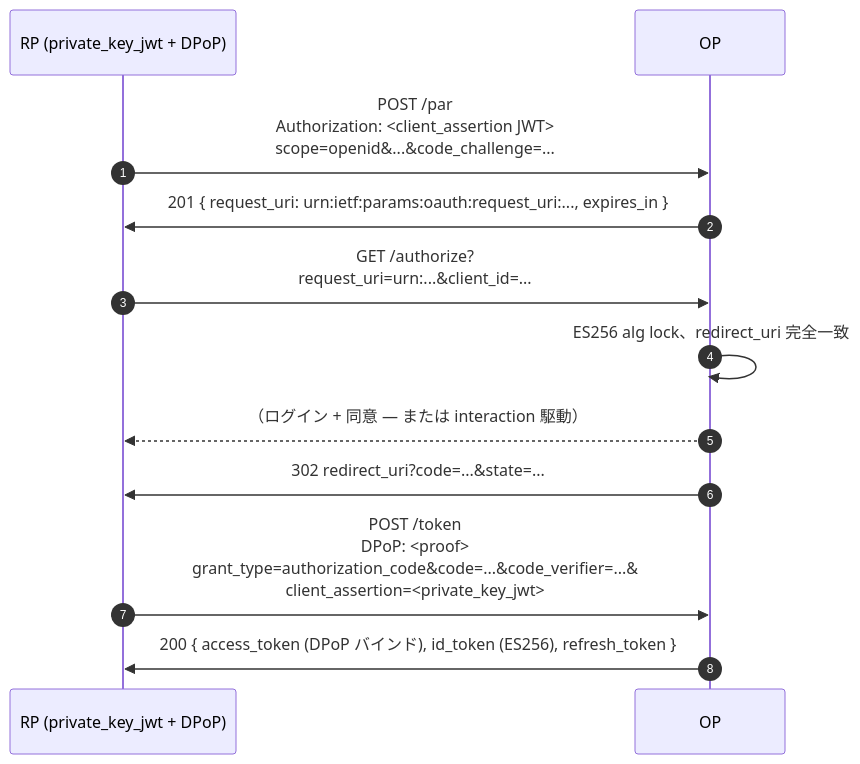
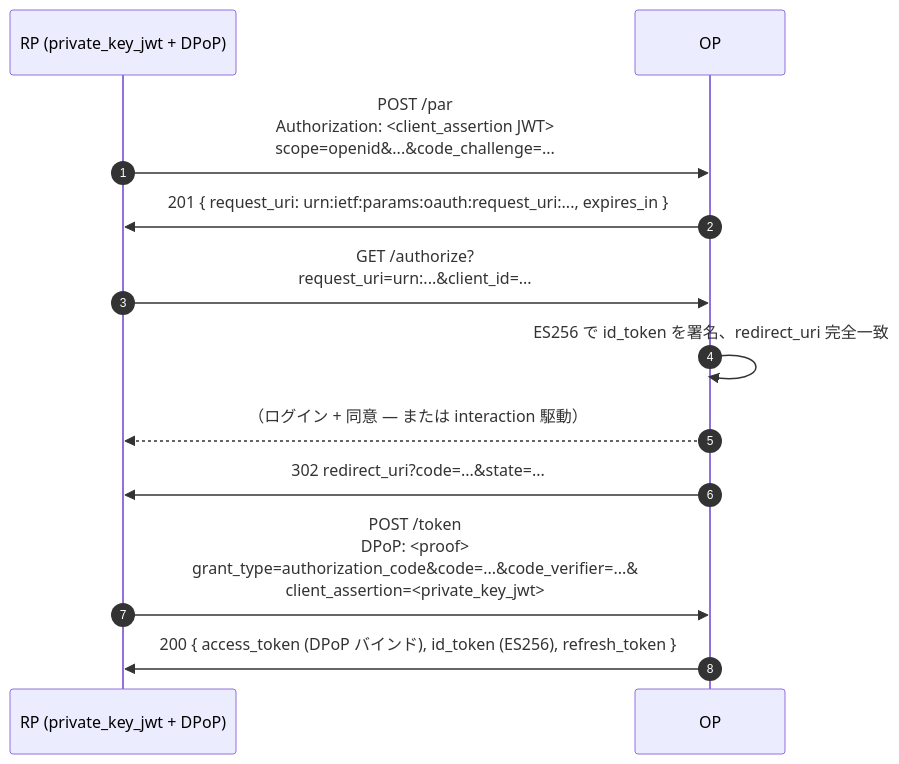
The diagram in src/ja/use-cases/fapi2-baseline.md (libraz/go-oidc-provider-homepage), drawn with Mermaid before and after one commit. The commit also changed other lines of this file and 130 other files, not shown here.

````diff
--- a/src/ja/use-cases/fapi2-baseline.md
+++ b/src/ja/use-cases/fapi2-baseline.md
@@ -43,15 +43,15 @@
 ```mermaid
 sequenceDiagram
     autonumber
     participant RP as RP (private_key_jwt + DPoP)
     participant OP
 
     RP->>OP: POST /par<br/>Authorization: <client_assertion JWT><br/>scope=openid&...&code_challenge=...
     OP->>RP: 201 { request_uri: urn:ietf:params:oauth:request_uri:..., expires_in }
     RP->>OP: GET /authorize?<br/>request_uri=urn:...&client_id=...
-    OP->>OP: ES256 alg lock、redirect_uri 完全一致
+    OP->>OP: ES256 で id_token を署名、redirect_uri 完全一致
     OP-->>RP: （ログイン + 同意 — または interaction 駆動）
     OP->>RP: 302 redirect_uri?code=...&state=...
     RP->>OP: POST /token<br/>DPoP: <proof><br/>grant_type=authorization_code&code=...&code_verifier=...&<br/>client_assertion=<private_key_jwt>
     OP->>RP: 200 { access_token (DPoP バインド), id_token (ES256), refresh_token }
 ```
````
